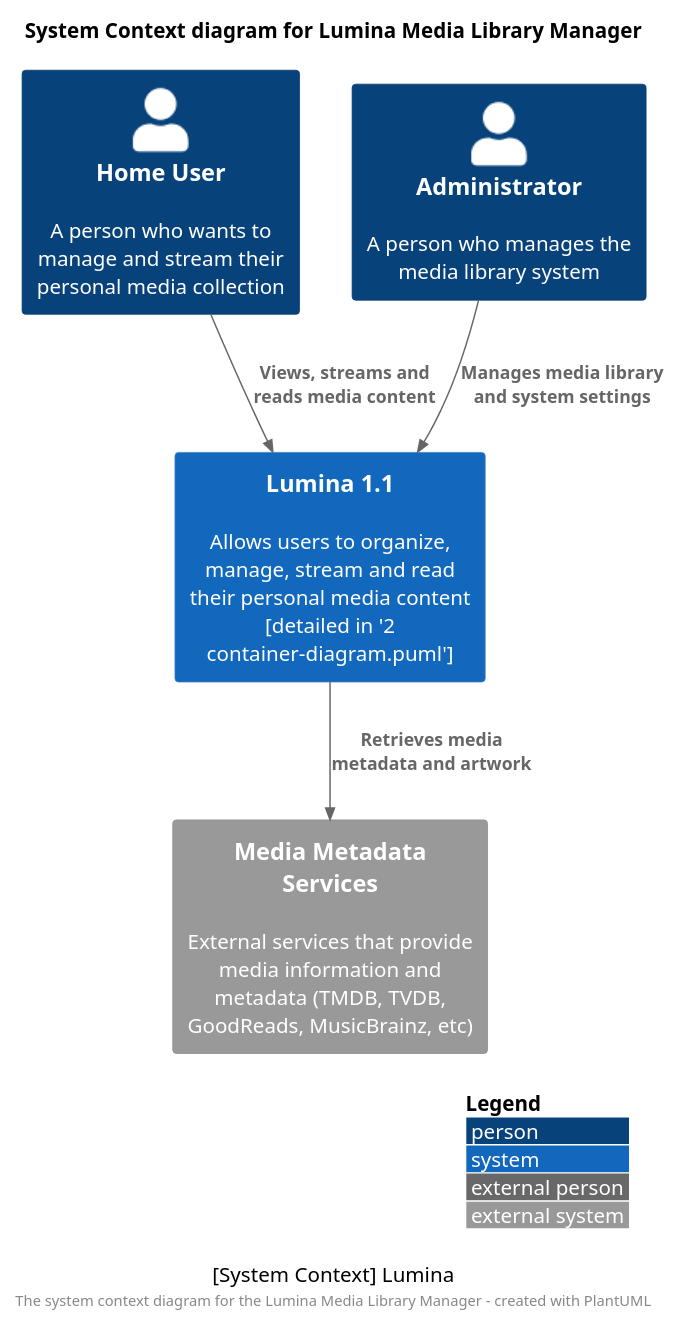
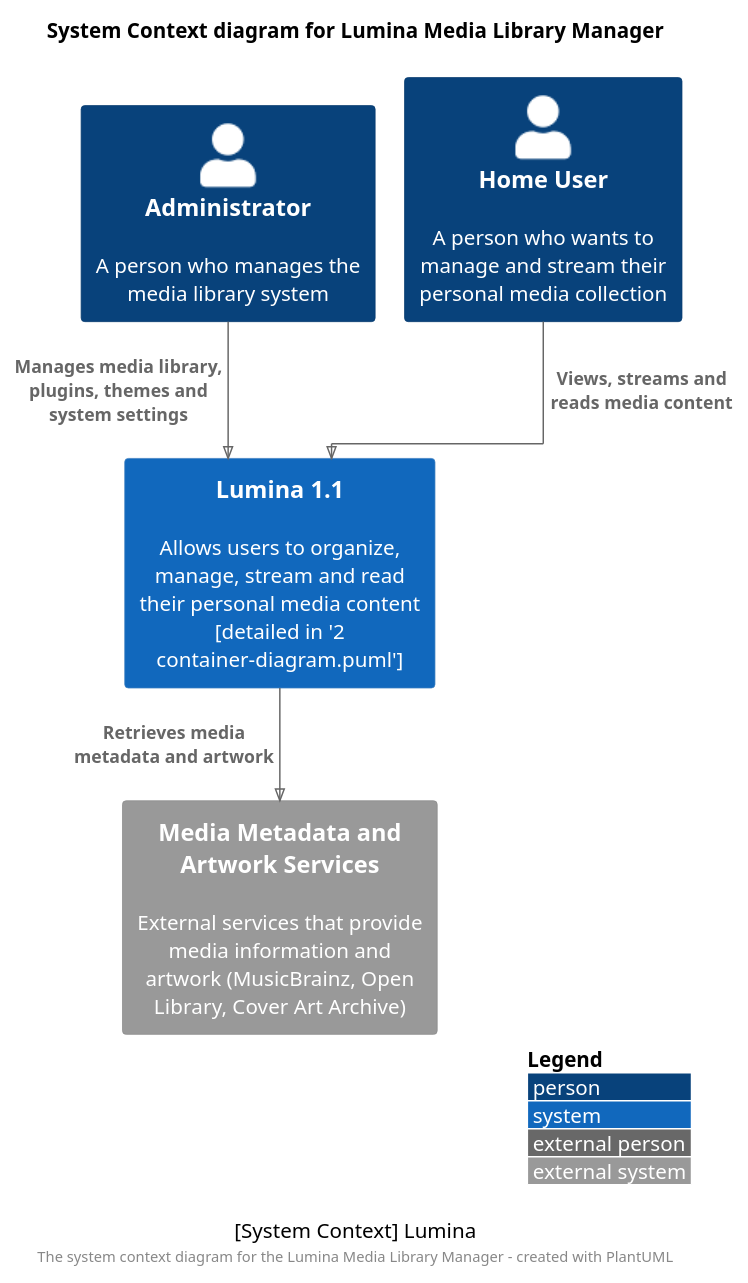
Before and after one commit to BinaryAlley/Lumina: the diagram in docs/technical/architecture/1 system-context-diagram.puml, drawn with PlantUML. The commit also changed 16 other files, not shown here.

Commit message:
Updates the architecture diagrams and documents the PlantUML rendering workflow.

```diff
--- a/docs/technical/architecture/1 system-context-diagram.puml
+++ b/docs/technical/architecture/1 system-context-diagram.puml
@@ -1,22 +1,23 @@
 @startuml Lumina System Context Diagram
+!pragma layout elk
 !include <C4/C4_Context>
 
 LAYOUT_WITH_LEGEND()
 title System Context diagram for Lumina Media Library Manager
 
 Person(user, "Home User", "A person who wants to manage and stream their personal media collection")
 Person(admin, "Administrator", "A person who manages the media library system")
 
 System(lumina, "Lumina 1.1", "Allows users to organize, manage, stream and read their personal media content [detailed in '2 container-diagram.puml']")
 
-System_Ext(metadataProvider, "Media Metadata Services", "External services that provide media information and metadata (TMDB, TVDB, GoodReads, MusicBrainz, etc)")
+System_Ext(metadataProvider, "Media Metadata and Artwork Services", "External services that provide media information and artwork (MusicBrainz, Open Library, Cover Art Archive)")
 
 Rel(user, lumina, "Views, streams and reads media content")
-Rel(admin, lumina, "Manages media library and system settings")
+Rel(admin, lumina, "Manages media library, plugins, themes and system settings")
 Rel(lumina, metadataProvider, "Retrieves media metadata and artwork")
 
 caption [System Context] Lumina
 
 footer The system context diagram for the Lumina Media Library Manager - created with PlantUML
 
 @enduml
```
